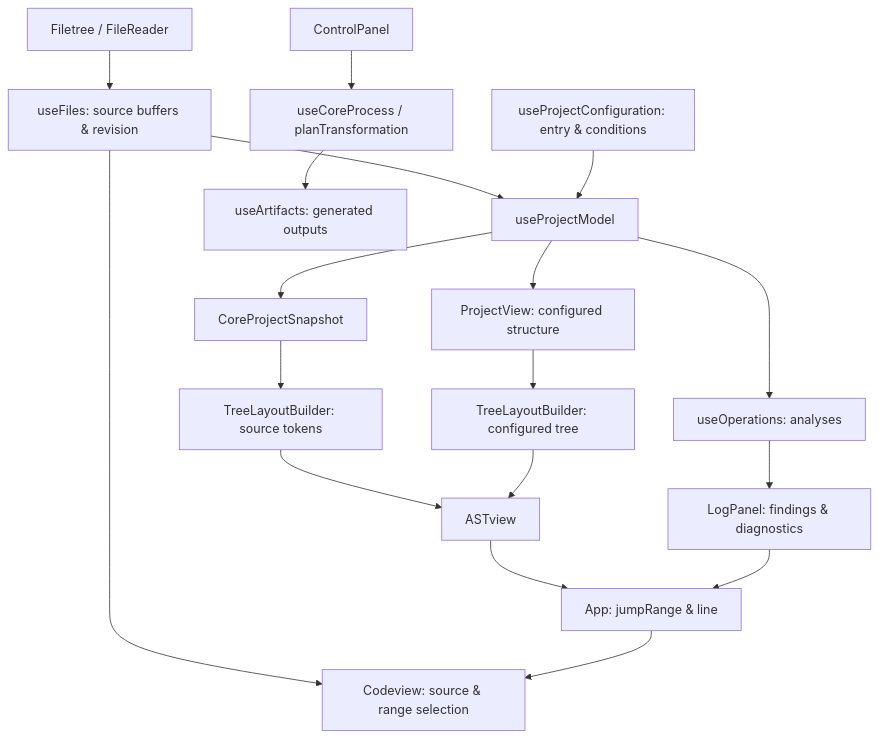
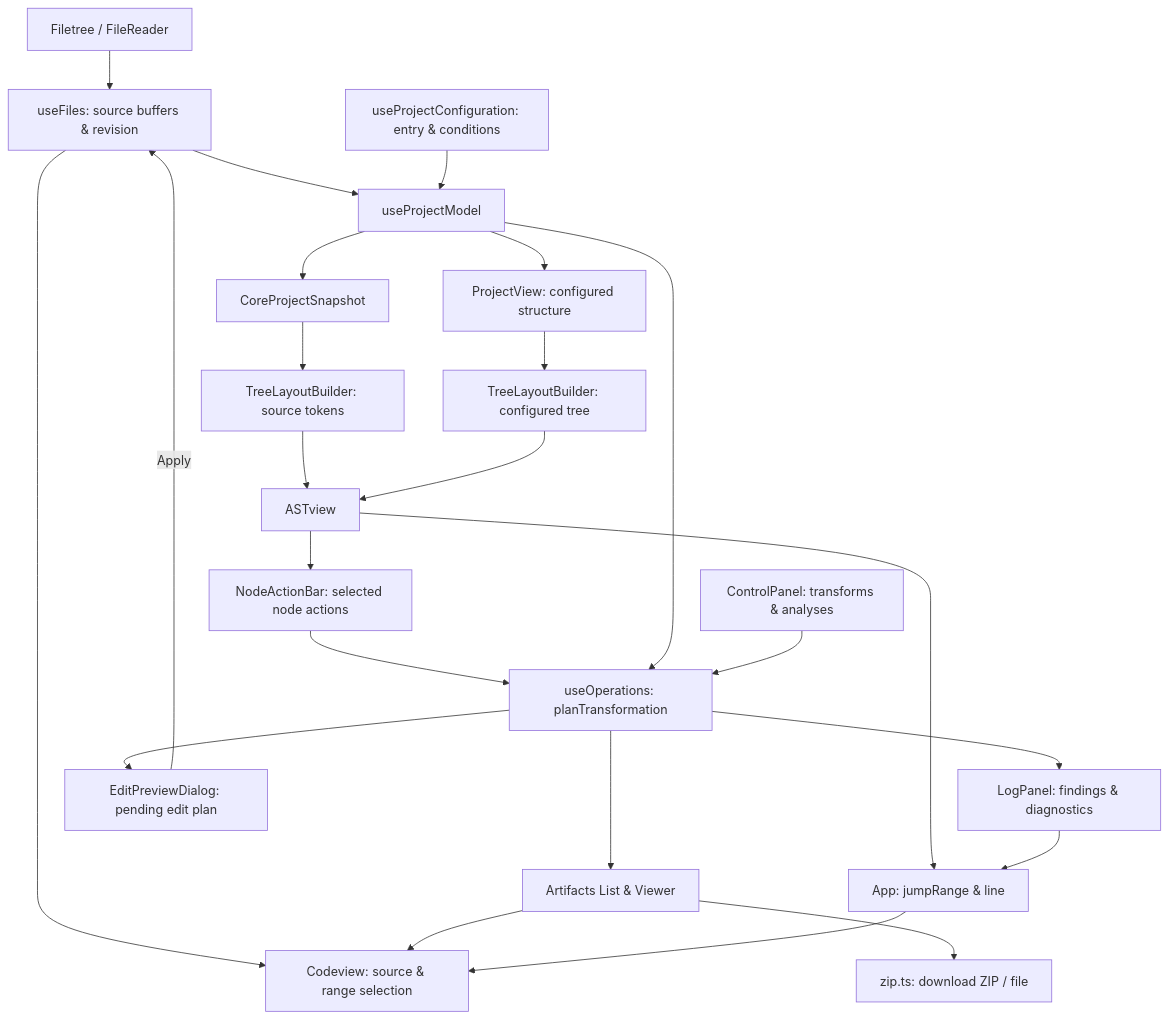
Before and after one commit to preptex/preptex.github.io: the diagram in docs/architecture.md, drawn with Mermaid. The commit also changed other lines of this file and 19 other files, not shown here.

First line of the commit message:
Implement Phases W6-W8 of project workspace plan for core 0.3.0

````diff
--- a/docs/architecture.md
+++ b/docs/architecture.md
@@ -53,20 +55,26 @@
 ```mermaid
 flowchart TD
   Upload[Filetree / FileReader] --> Files[useFiles: source buffers & revision]
   Files --> Model[useProjectModel]
   Config[useProjectConfiguration: entry & conditions] --> Model
   Model --> Snapshot[CoreProjectSnapshot]
   Model --> View[ProjectView: configured structure]
   Snapshot --> ASTSource[TreeLayoutBuilder: source tokens]
   View --> ASTConfig[TreeLayoutBuilder: configured tree]
   ASTSource --> AST[ASTview]
   ASTConfig --> AST
-  Model --> Ops[useOperations: analyses]
+  AST --> NodeAction[NodeActionBar: selected node actions]
+  NodeAction --> Ops[useOperations: planTransformation]
+  Model --> Ops
   Ops --> Log[LogPanel: findings & diagnostics]
+  Ops --> Dialog[EditPreviewDialog: pending edit plan]
+  Dialog -- Apply --> Files
+  Ops --> Artifacts[Artifacts List & Viewer]
+  Artifacts --> Zip[zip.ts: download ZIP / file]
   Files --> Code[Codeview: source & range selection]
+  Artifacts --> Code
   AST --> Jump[App: jumpRange & line]
   Log --> Jump
   Jump --> Code
-  Control[ControlPanel] --> Transform[useCoreProcess / planTransformation]
-  Transform --> Artifacts[useArtifacts: generated outputs]
+  Control[ControlPanel: transforms & analyses] --> Ops
 ```
````
